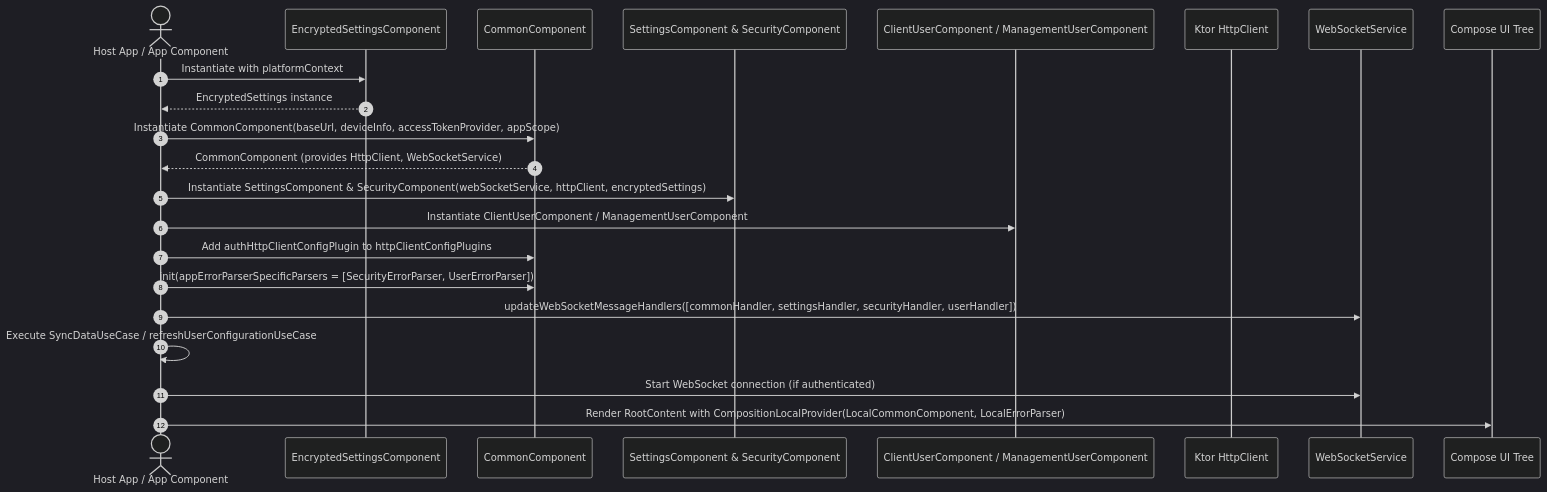
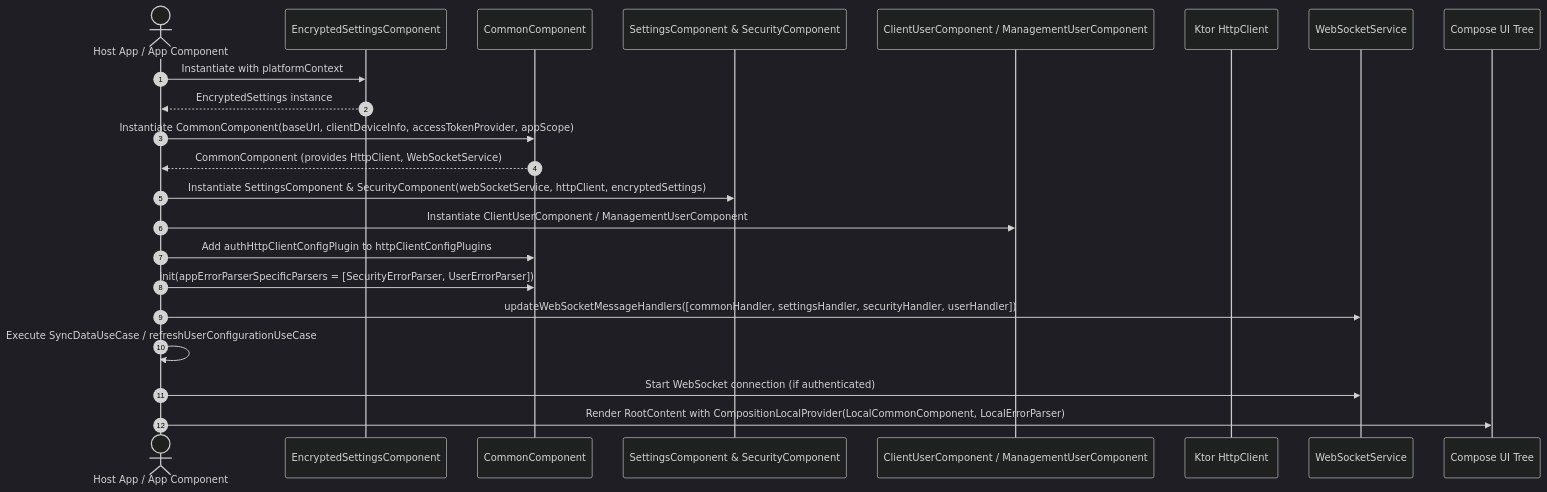
One commit to mudrichenkoevgeny/kmp-platform-sdk changed the diagram in docs/architecture/flows/sdk_bootstrap.md. Above: the diagram before and after it, drawn with Mermaid (dark theme). The commit also changed 40 other files, not shown here.

Commit message:
refactor: rename deviceInfo to clientDeviceInfo

````diff
--- a/docs/architecture/flows/sdk_bootstrap.md
+++ b/docs/architecture/flows/sdk_bootstrap.md
@@ -15,29 +15,29 @@
 ```mermaid
 sequenceDiagram
     autonumber
     actor Host as Host App / App Component
     participant EncStorage as EncryptedSettingsComponent
     participant CommonComp as CommonComponent
     participant CoreFeatures as SettingsComponent & SecurityComponent
     participant UserFeature as ClientUserComponent / ManagementUserComponent
     participant Ktor as Ktor HttpClient
     participant WS as WebSocketService
     participant UI as Compose UI Tree
 
     Host->>EncStorage: Instantiate with platformContext
     EncStorage-->>Host: EncryptedSettings instance
-    Host->>CommonComp: Instantiate CommonComponent(baseUrl, deviceInfo, accessTokenProvider, appScope)
+    Host->>CommonComp: Instantiate CommonComponent(baseUrl, clientDeviceInfo, accessTokenProvider, appScope)
     CommonComp-->>Host: CommonComponent (provides HttpClient, WebSocketService)
     
     Host->>CoreFeatures: Instantiate SettingsComponent & SecurityComponent(webSocketService, httpClient, encryptedSettings)
     Host->>UserFeature: Instantiate ClientUserComponent / ManagementUserComponent
     
     Host->>CommonComp: Add authHttpClientConfigPlugin to httpClientConfigPlugins
     Host->>CommonComp: init(appErrorParserSpecificParsers = [SecurityErrorParser, UserErrorParser])
     Host->>WS: updateWebSocketMessageHandlers([commonHandler, settingsHandler, securityHandler, userHandler])
     
     Host->>Host: Execute SyncDataUseCase / refreshUserConfigurationUseCase
     Host->>WS: Start WebSocket connection (if authenticated)
     
     Host->>UI: Render RootContent with CompositionLocalProvider(LocalCommonComponent, LocalErrorParser)
 ```
````
